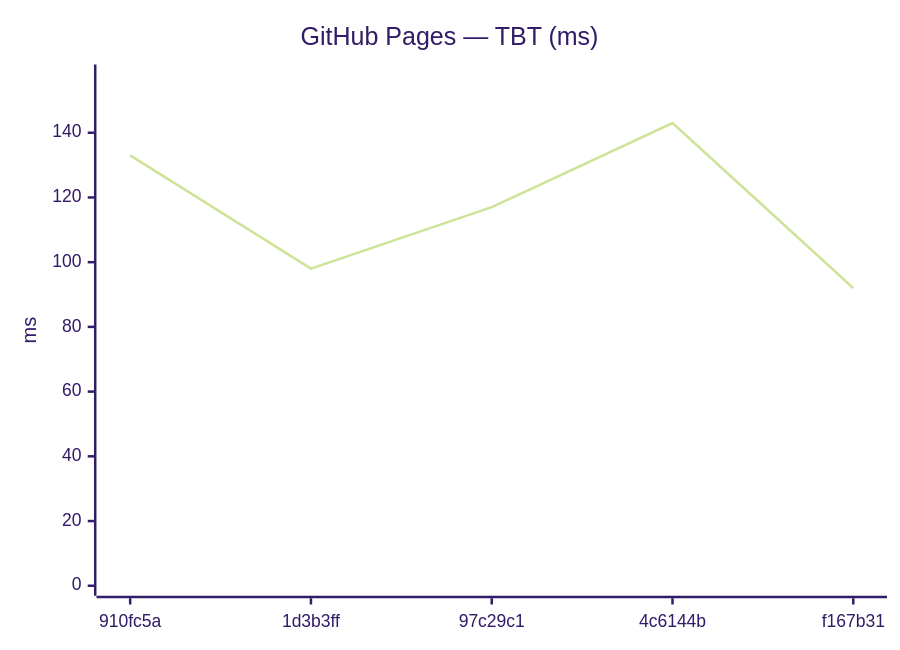
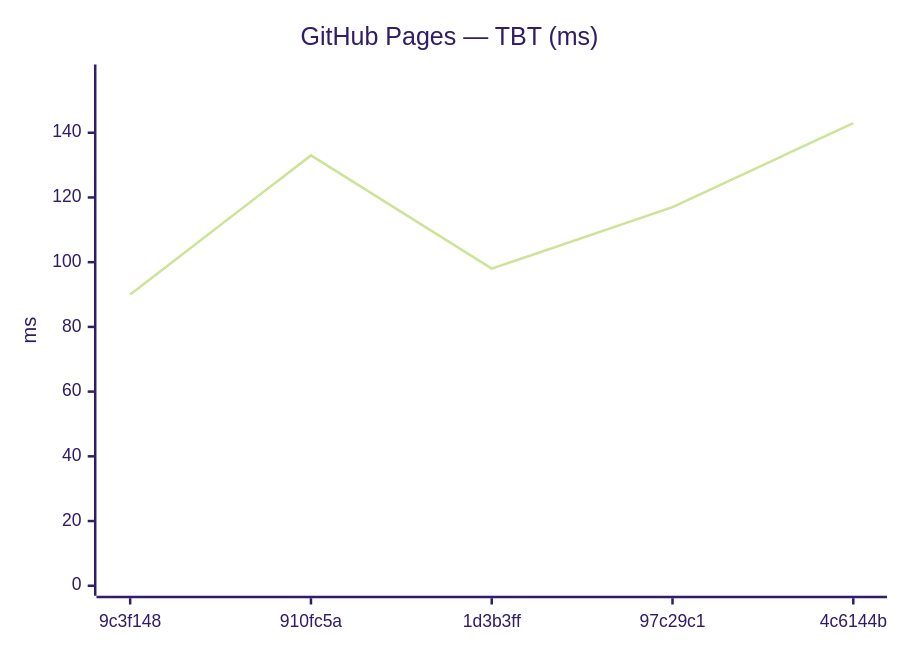
The tenth of 18 diagrams in benchmarks/compare.md (Metaheurist/Rianell), drawn with Mermaid (forest theme) before and after one commit. The commit also changed other lines of this file and 11 other files, not shown here.

````diff
--- a/benchmarks/compare.md
+++ b/benchmarks/compare.md
@@ -149,7 +149,7 @@
 ```mermaid
 xychart-beta
     title "GitHub Pages — TBT (ms)"
-    x-axis ["910fc5a", "1d3b3ff", "97c29c1", "4c6144b", "f167b31"]
+    x-axis ["9c3f148", "910fc5a", "1d3b3ff", "97c29c1", "4c6144b"]
     y-axis "ms" 0 --> 158
-    line [133, 98, 117, 143, 92]
+    line [90, 133, 98, 117, 143]
 ```
````
